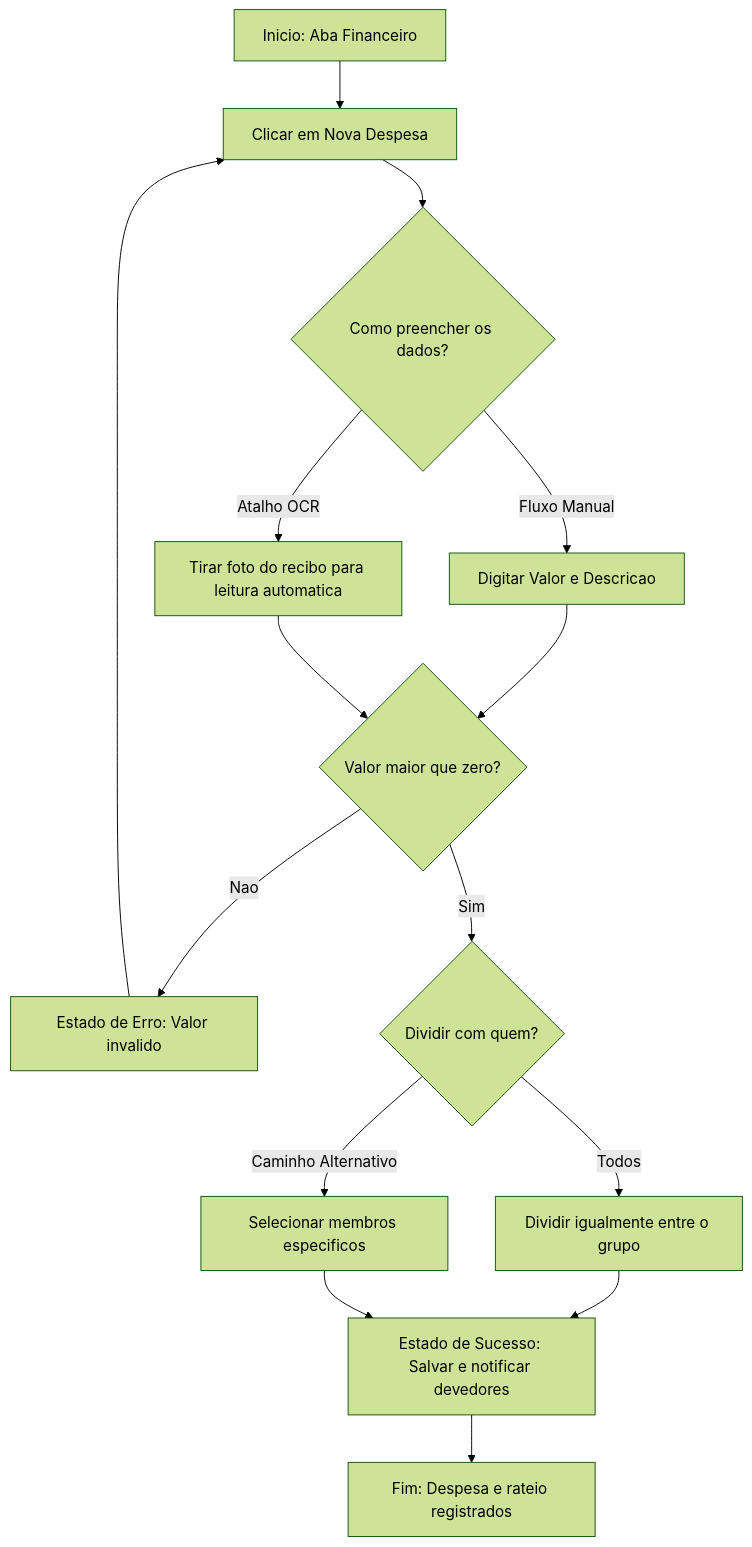
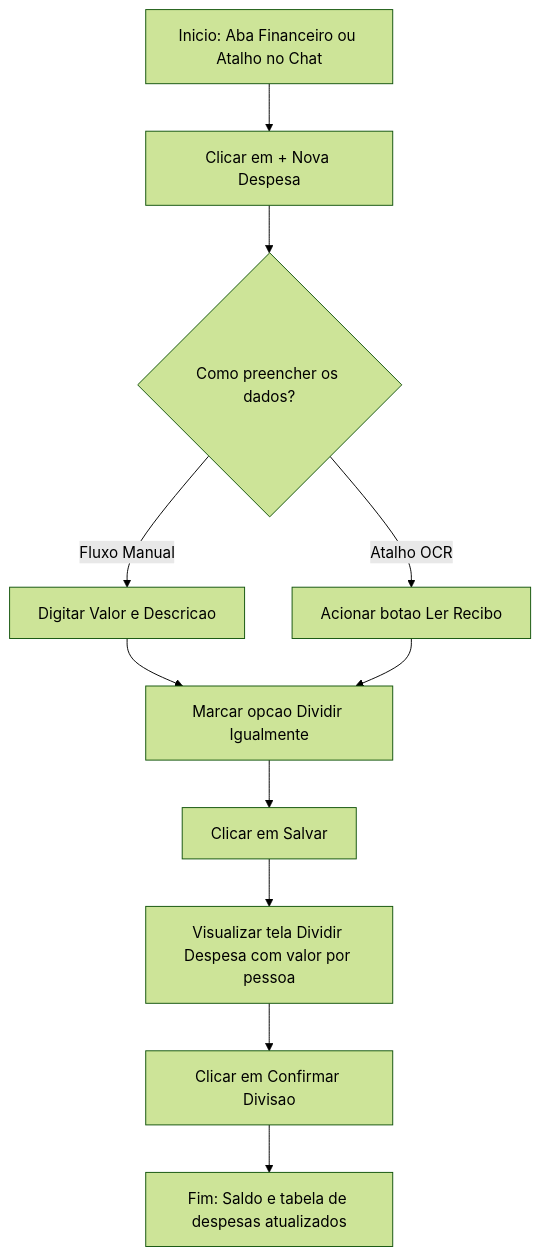
The fifth of 6 diagrams in docs/8_arquitetura_fluxo.md (luigibernardodeoliveira-dot/EXPERIENCIA_DO_USUARIO_E_FRONT-END), drawn with Mermaid (forest theme) before and after one commit. The commit also changed other lines of this file, not shown here.

````diff
--- a/docs/8_arquitetura_fluxo.md
+++ b/docs/8_arquitetura_fluxo.md
@@ -83,17 +111,13 @@
 ```mermaid
 graph TD
-    A[Inicio: Aba Financeiro] --> B[Clicar em Nova Despesa]
+    A[Inicio: Aba Financeiro ou Atalho no Chat] --> B[Clicar em + Nova Despesa]
     B --> C{Como preencher os dados?}
     C -- Fluxo Manual --> D[Digitar Valor e Descricao]
-    C -- Atalho OCR --> E[Tirar foto do recibo para leitura automatica]
-    D --> F{Valor maior que zero?}
+    C -- Atalho OCR --> E[Acionar botao Ler Recibo]
+    D --> F[Marcar opcao Dividir Igualmente]
     E --> F
-    F -- Nao --> G[Estado de Erro: Valor invalido]
-    G --> B
-    F -- Sim --> H{Dividir com quem?}
-    H -- Todos --> I[Dividir igualmente entre o grupo]
-    H -- Caminho Alternativo --> J[Selecionar membros especificos]
-    I --> K[Estado de Sucesso: Salvar e notificar devedores]
-    J --> K
-    K --> L[Fim: Despesa e rateio registrados]
+    F --> G[Clicar em Salvar]
+    G --> H[Visualizar tela Dividir Despesa com valor por pessoa]
+    H --> I[Clicar em Confirmar Divisao]
+    I --> J[Fim: Saldo e tabela de despesas atualizados]
 ```
````
